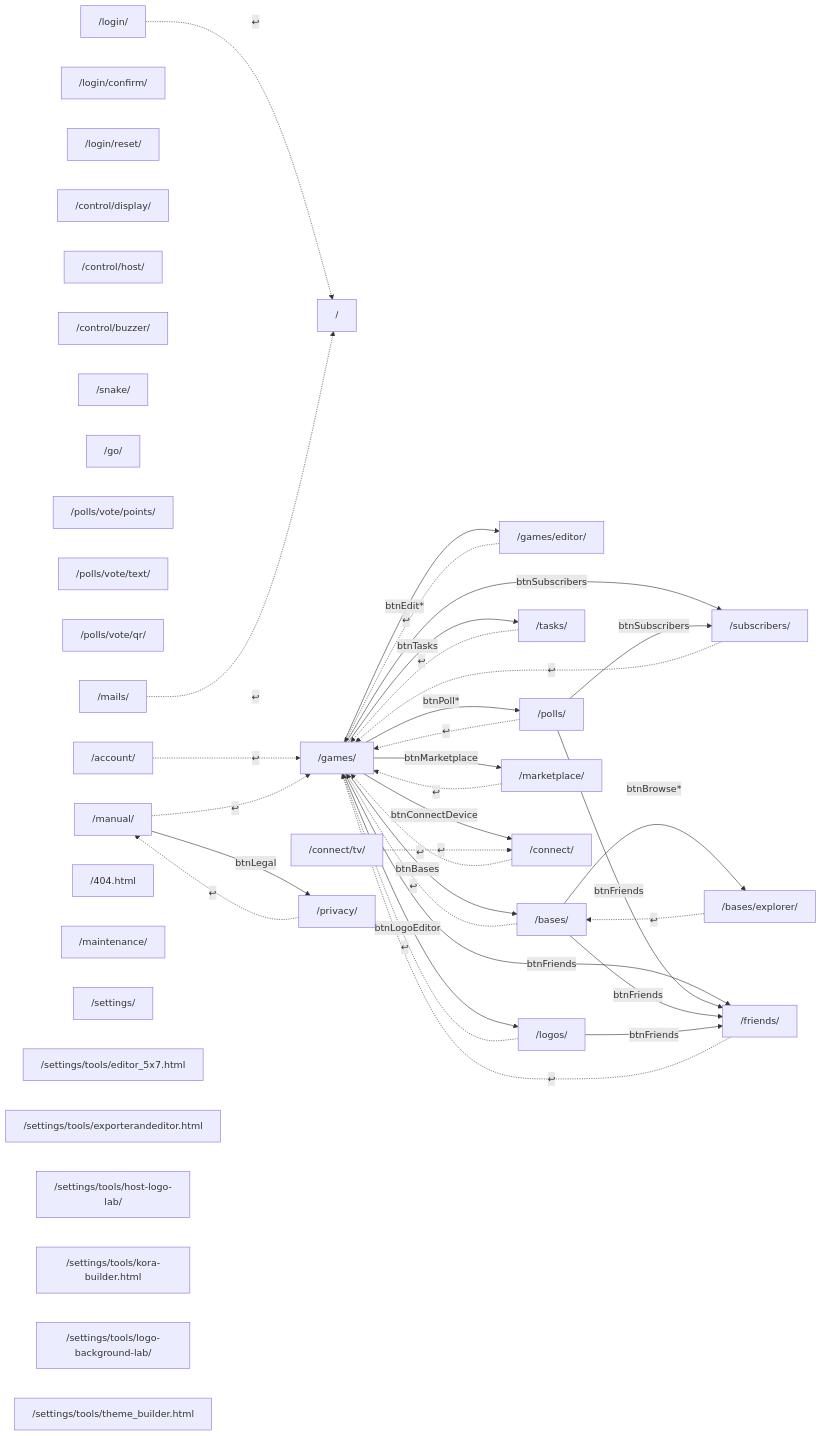
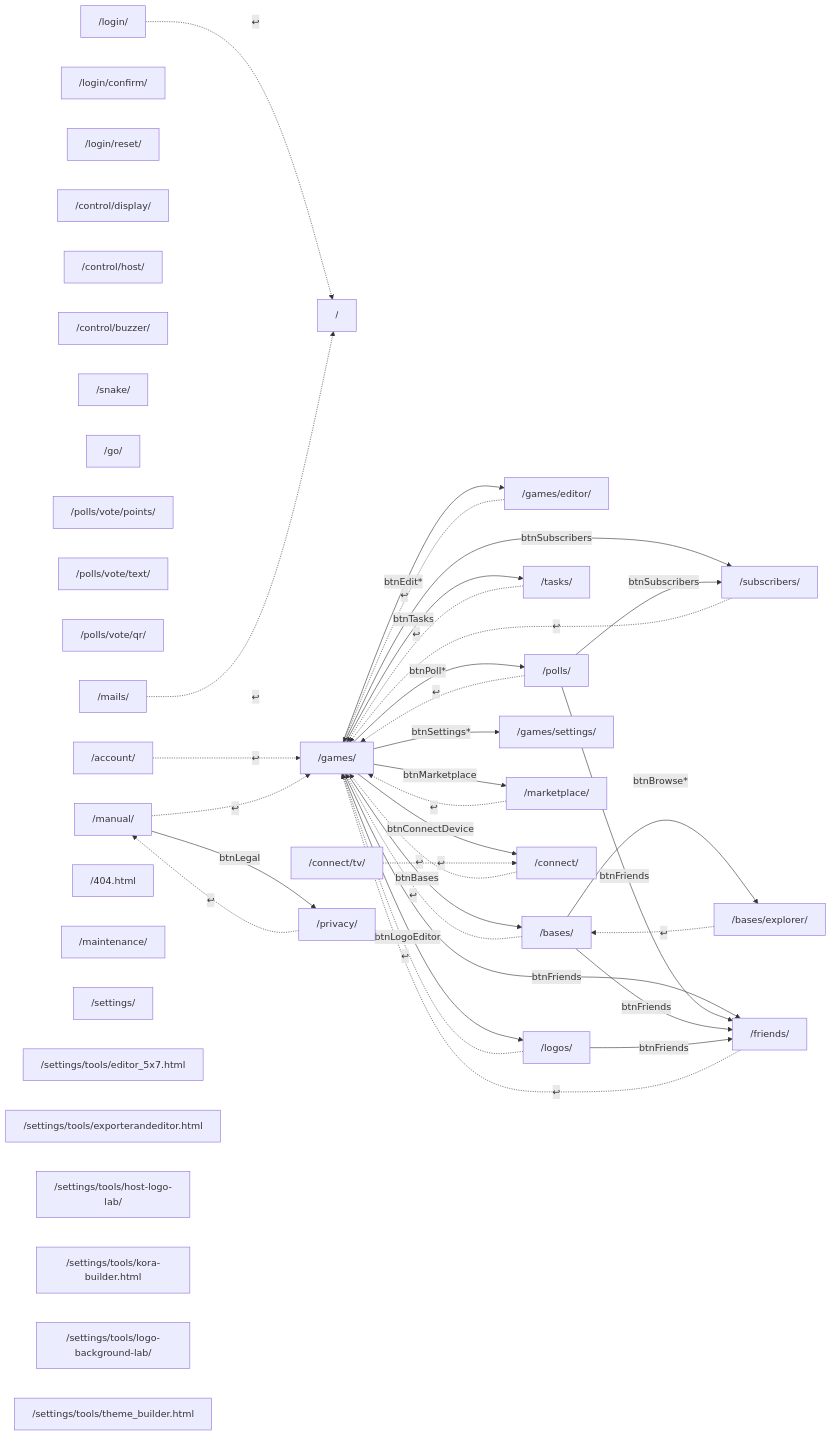
One commit to Andrish97/familiada changed the ninth of 9 diagrams in docs/nawigacja-mapa-plan.md. Above: the diagram before and after it, drawn with Mermaid. The commit also changed other lines of this file and 213 other files, not shown here.

````diff
--- a/docs/nawigacja-mapa-plan.md
+++ b/docs/nawigacja-mapa-plan.md
@@ -880,71 +882,73 @@
 ```mermaid
 flowchart LR
   home["/"]
   login["/login/"]
   loginConfirm["/login/confirm/"]
   loginReset["/login/reset/"]
   games["/games/"]
   editor["/games/editor/"]
   polls["/polls/"]
   friends["/friends/"]
   subscribers["/subscribers/"]
   tasks["/tasks/"]
   bases["/bases/"]
   baseExplorer["/bases/explorer/"]
   logoEditor["/logos/"]
+  gameSettings["/games/settings/"]
   marketplace["/marketplace/"]
   connectDevice["/connect/"]
   connectTv["/connect/tv/"]
   controlDisplay["/control/display/"]
   controlHost["/control/host/"]
   controlBuzzer["/control/buzzer/"]
   snake["/snake/"]
   go["/go/"]
   pollVotePoints["/polls/vote/points/"]
   pollVoteText["/polls/vote/text/"]
   pollVoteQr["/polls/vote/qr/"]
   account["/account/"]
   manual["/manual/"]
   mailCenter["/mails/"]
   privacy["/privacy/"]
   notFound["/404.html"]
   maintenance["/maintenance/"]
   admin["/settings/"]
   adminToolEditor["/settings/tools/editor_5x7.html"]
   adminToolExporter["/settings/tools/exporterandeditor.html"]
   adminToolHostLogo["/settings/tools/host-logo-lab/"]
   adminToolKora["/settings/tools/kora-builder.html"]
   adminToolLogoBackground["/settings/tools/logo-background-lab/"]
   adminToolTheme["/settings/tools/theme_builder.html"]
   games -->|btnMarketplace| marketplace
   games -->|btnLogoEditor| logoEditor
   games -->|btnConnectDevice| connectDevice
   games -->|btnFriends| friends
   games -->|btnSubscribers| subscribers
   games -->|btnTasks| tasks
   games -->|btnBases| bases
+  games -->|btnSettings*| gameSettings
   games -->|btnEdit*| editor
   games -->|btnPoll*| polls
   polls -->|btnFriends| friends
   polls -->|btnSubscribers| subscribers
   bases -->|btnFriends| friends
   bases -->|btnBrowse*| baseExplorer
   logoEditor -->|btnFriends| friends
   manual -->|btnLegal| privacy
   login -.->|↩| home
   editor -.->|↩| games
   polls -.->|↩| games
   friends -.->|↩| games
   subscribers -.->|↩| games
   tasks -.->|↩| games
   bases -.->|↩| games
   baseExplorer -.->|↩| bases
   logoEditor -.->|↩| games
   marketplace -.->|↩| games
   connectDevice -.->|↩| games
   connectTv -.->|↩| connectDevice
   account -.->|↩| games
   manual -.->|↩| games
   mailCenter -.->|↩| home
   privacy -.->|↩| manual
 ```
````
